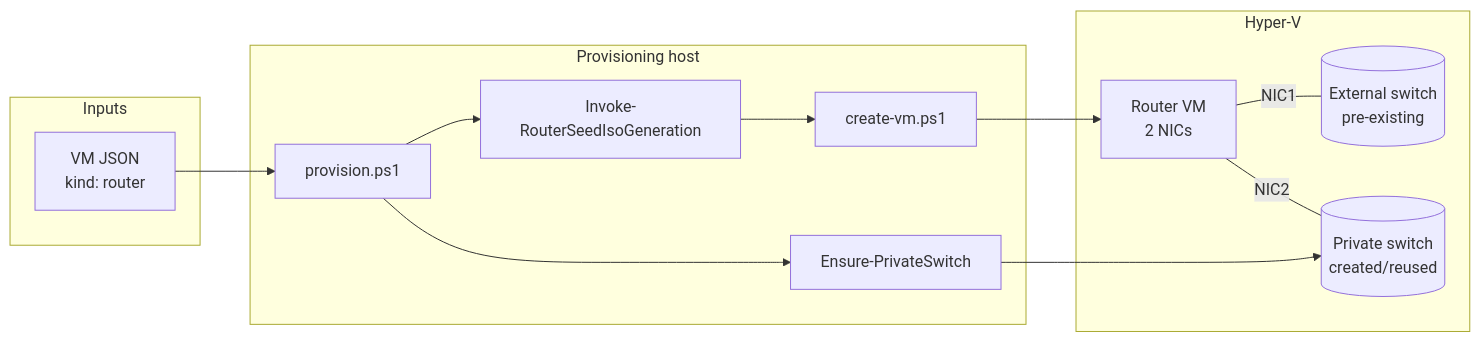
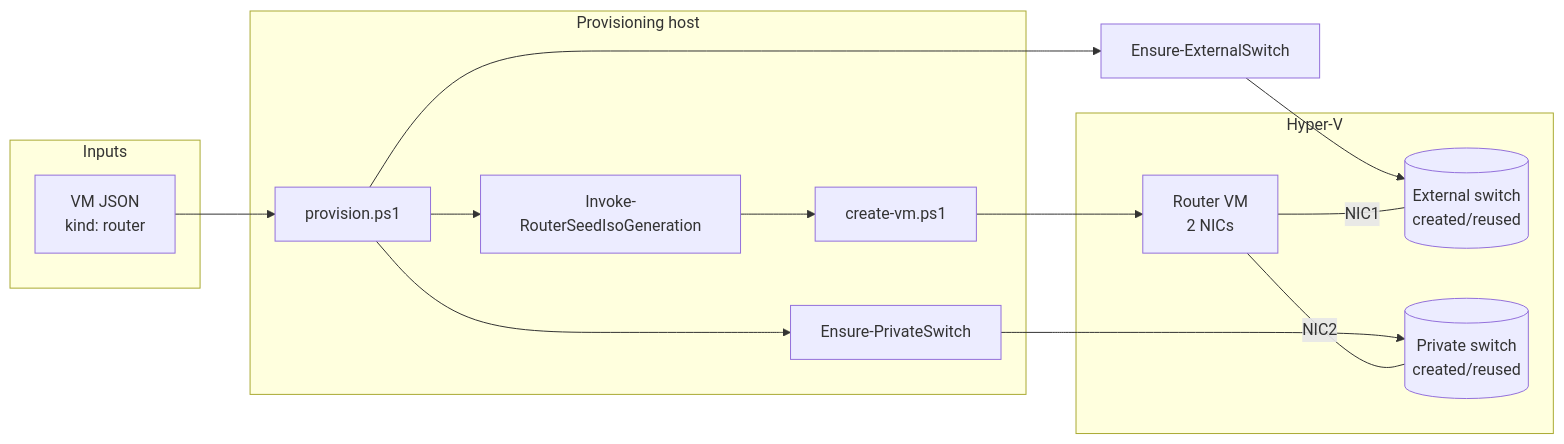
Before and after one commit to Klark-Morrigan/Infrastructure-Vm-Provisioner: the first of 3 diagrams in docs/dev/implementation/53 - nat router vm/plan.md, drawn with Mermaid. The commit also changed other lines of this file, not shown here.

````diff
--- a/docs/dev/implementation/53 - nat router vm/plan.md
+++ b/docs/dev/implementation/53 - nat router vm/plan.md
@@ -110,24 +129,25 @@
 ```mermaid
 flowchart LR
   subgraph Inputs
     CFG[VM JSON<br/>kind: router]
   end
   subgraph Host[Provisioning host]
     PRV[provision.ps1]
     EPS[Ensure-PrivateSwitch]
     SEED[Invoke-RouterSeedIsoGeneration]
     CRT[create-vm.ps1]
   end
   subgraph Hyperv[Hyper-V]
-    EXT[(External switch<br/>pre-existing)]
+    EXT[(External switch<br/>created/reused)]
     PSW[(Private switch<br/>created/reused)]
     RVM[Router VM<br/>2 NICs]
   end
   CFG --> PRV
+  PRV --> EES[Ensure-ExternalSwitch] --> EXT
   PRV --> EPS --> PSW
   PRV --> SEED
   SEED --> CRT
   CRT --> RVM
   RVM -- NIC1 --- EXT
   RVM -- NIC2 --- PSW
 ```
````
